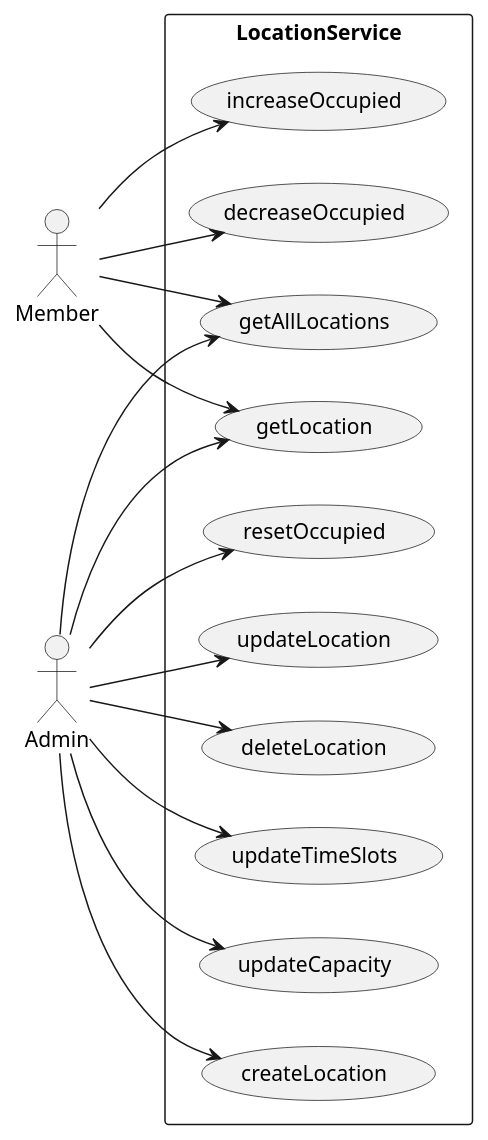
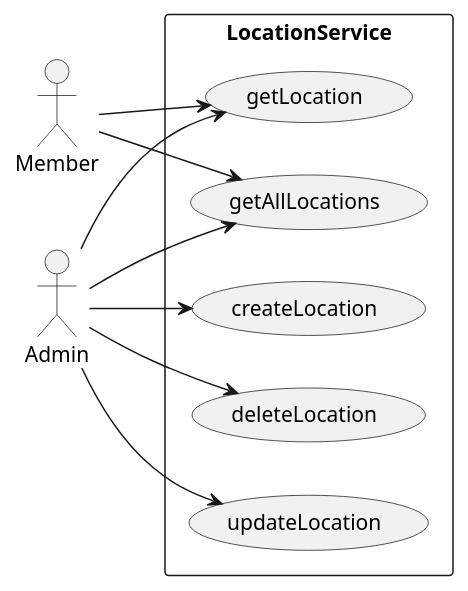
Before and after one commit to kgapparov/restful-badge-system: the diagram in src/main/resources/Location.puml, drawn with PlantUML. The commit also changed 6 other files, not shown here.

```diff
--- a/src/main/resources/Location.puml
+++ b/src/main/resources/Location.puml
@@ -1,38 +1,28 @@
 @startuml
 left to right direction
 
 actor "Member" as member
 
 actor "Admin" as admin
 
 rectangle LocationService {
 
 usecase "getAllLocations" as uc3
 usecase "createLocation" as uc4
 usecase "getLocation" as uc5
 usecase "updateLocation" as uc6
 usecase "deleteLocation" as uc7
-usecase "updateTimeSlots" as uc8
-usecase "updateCapacity" as uc9
-usecase "increaseOccupied" as uc10
-usecase "decreaseOccupied" as uc11
-usecase "resetOccupied" as uc12
 
 
 member -->uc3
 member -->uc5
-member --> uc10
-member --> uc11
 
 admin --> uc3
 admin --> uc4
 admin --> uc5
 admin --> uc6
 admin --> uc7
-admin --> uc8
-admin --> uc9
-admin --> uc12
 
 }
 
 @enduml
```
